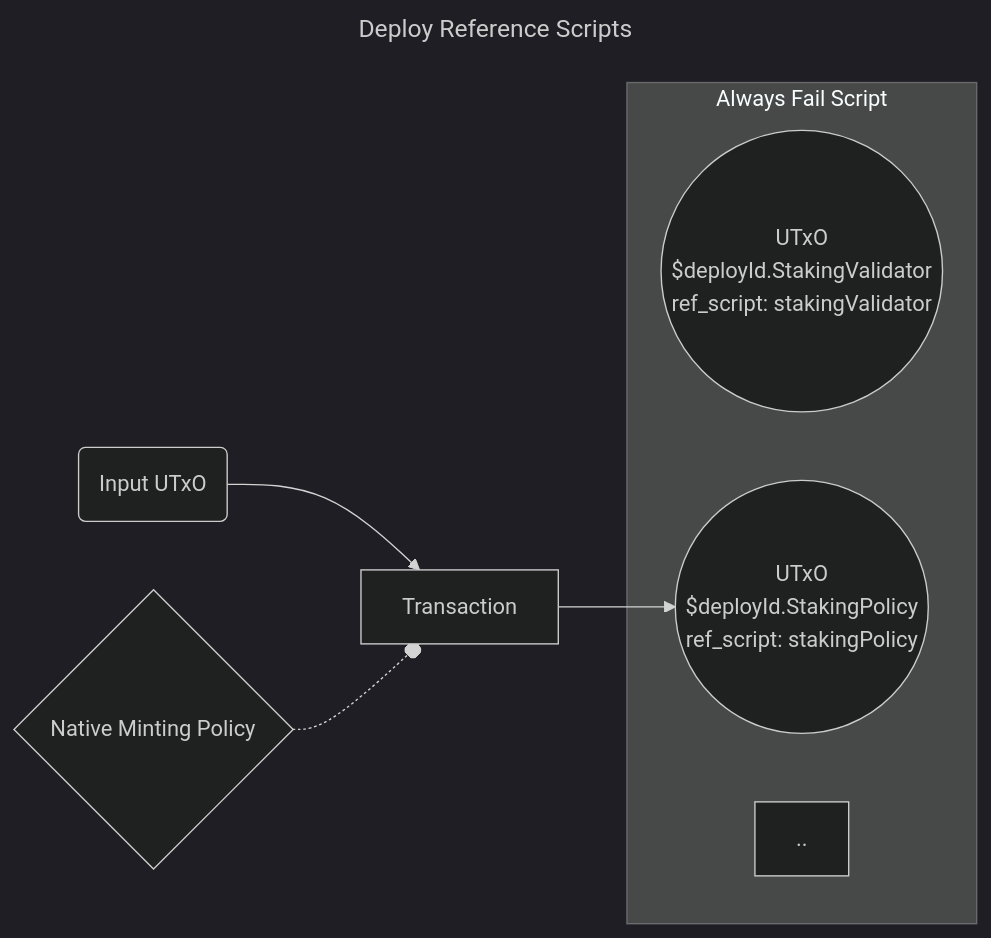
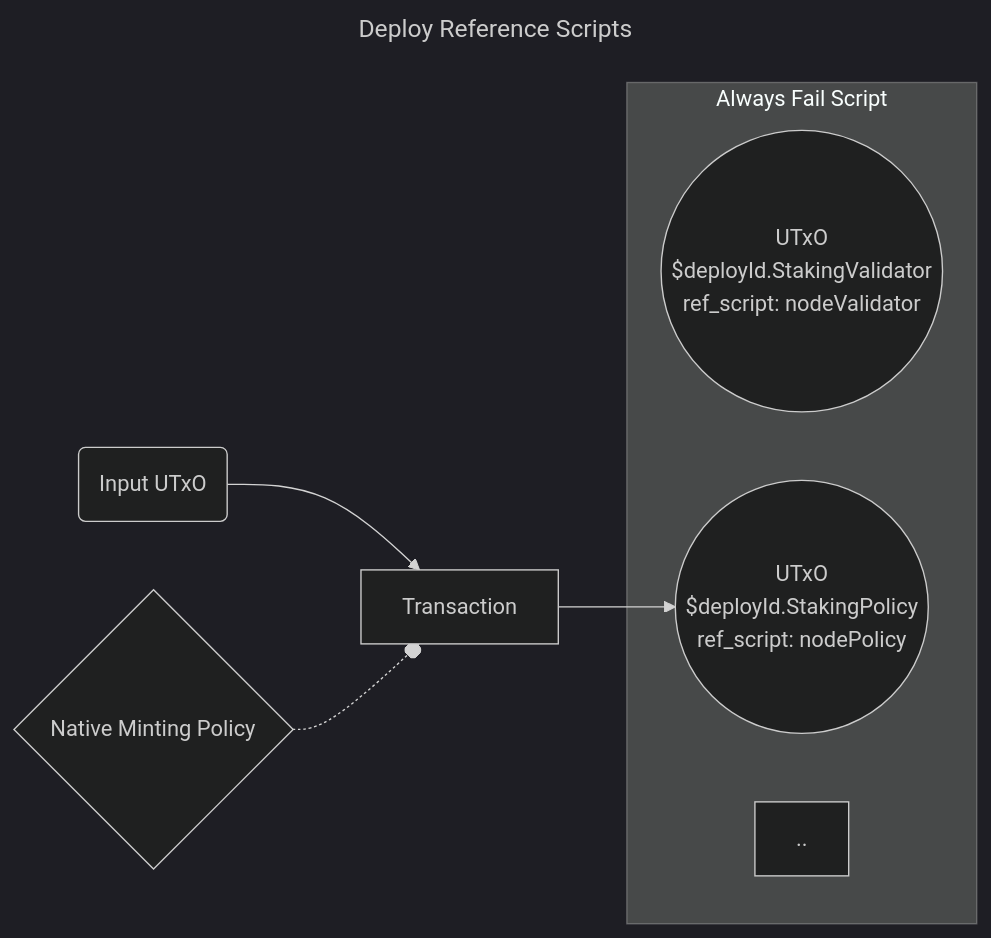
Before and after one commit to Anastasia-Labs/single-asset-staking-offchain: the third of 9 diagrams in README.md, drawn with Mermaid (dark theme). The commit also changed other lines of this file and 30 other files, not shown here.

````diff
--- a/README.md
+++ b/README.md
@@ -139,20 +139,20 @@
 ```mermaid
 ---
 title: Deploy Reference Scripts
 ---
 graph LR
     I1(Input UTxO)
     TX[ Transaction ]
     subgraph Always Fail Script
     O1(("UTxO
         $deployId.StakingValidator
-        ref_script: stakingValidator "))
+        ref_script: nodeValidator "))
     O2(("UTxO
         $deployId.StakingPolicy
-        ref_script: stakingPolicy"))
+        ref_script: nodePolicy"))
     ..
     end
     I1 --> TX
     MP{Native Minting Policy} -.-o TX
     TX --> O2
 ```
````
